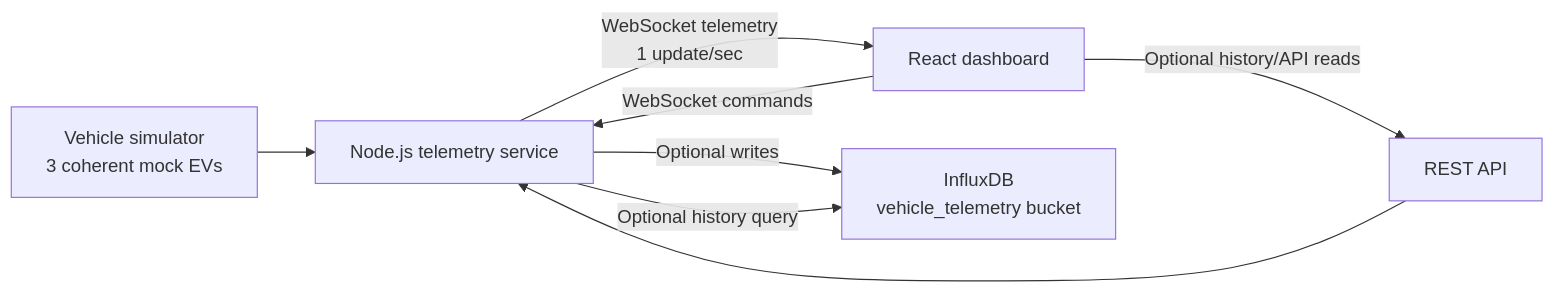
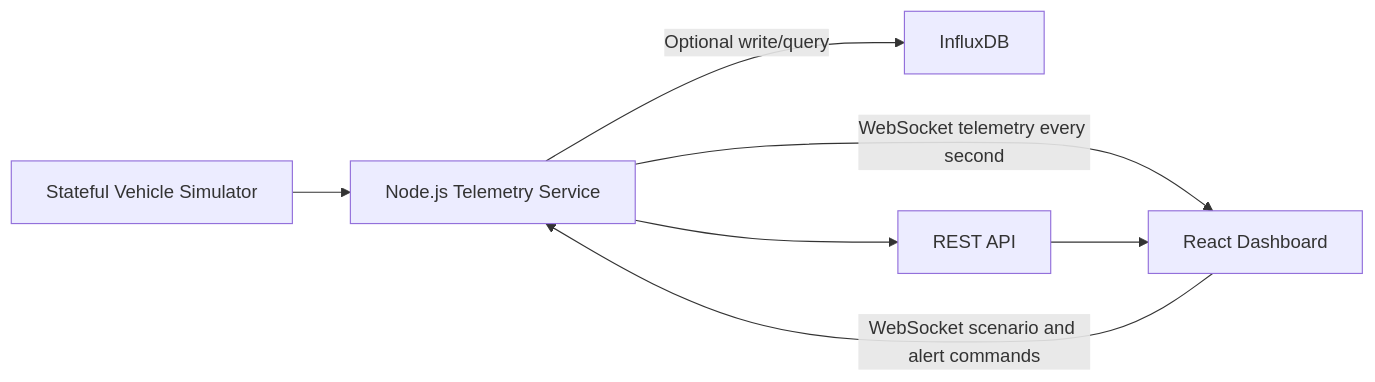
The diagram in docs/ARCHITECTURE.md (Sankrityayana/Sanchara-Dashboard), drawn with Mermaid before and after one commit. The commit also changed other lines of this file and 10 other files, not shown here.

````diff
--- a/docs/ARCHITECTURE.md
+++ b/docs/ARCHITECTURE.md
@@ -7,10 +7,9 @@
 ```mermaid
 flowchart LR
-  Simulator["Vehicle simulator\n3 coherent mock EVs"] --> Server["Node.js telemetry service"]
-  Server -->|"WebSocket telemetry\n1 update/sec"| Client["React dashboard"]
-  Client -->|"WebSocket commands"| Server
-  Server -->|"Optional writes"| Influx["InfluxDB\nvehicle_telemetry bucket"]
-  Client -->|"Optional history/API reads"| API["REST API"]
-  API --> Server
-  Server -->|"Optional history query"| Influx
+  Simulator["Stateful Vehicle Simulator"] --> Backend["Node.js Telemetry Service"]
+  Backend -->|"WebSocket telemetry every second"| Frontend["React Dashboard"]
+  Frontend -->|"WebSocket scenario and alert commands"| Backend
+  Backend -->|"Optional write/query"| Influx["InfluxDB"]
+  Backend --> REST["REST API"]
+  REST --> Frontend
 ```
````
